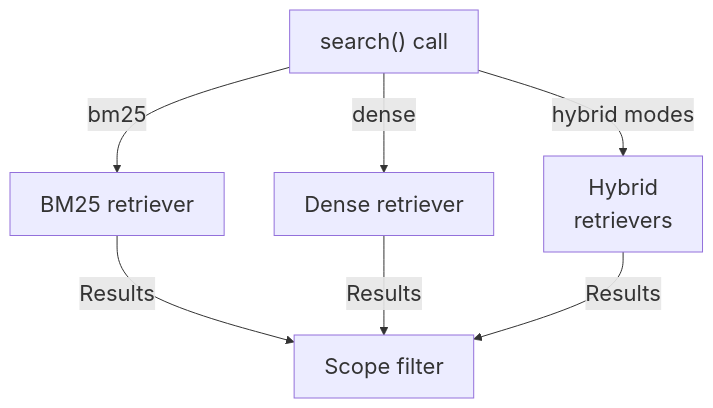
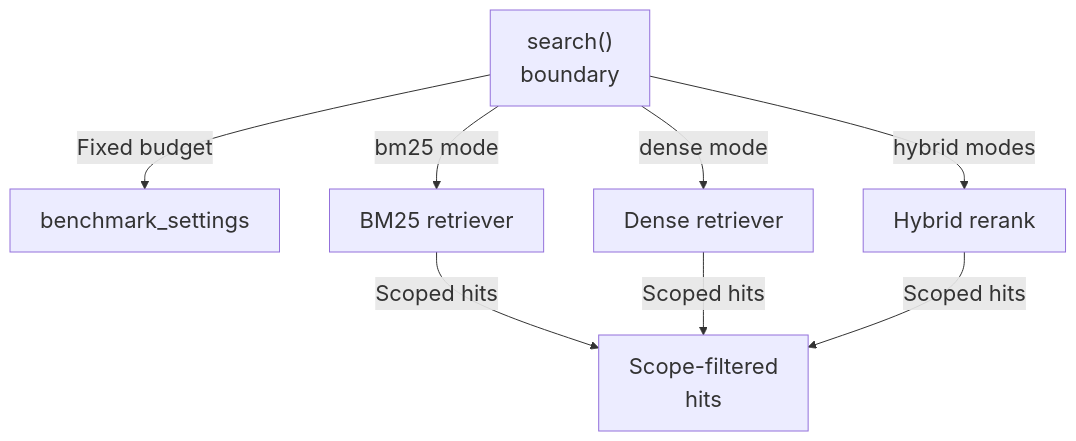
One commit to Justin-Mendoza/Afterclass changed the fourth of 5 diagrams in maps/evaluation/README.md. Above: the diagram before and after it, drawn with Mermaid. The commit also changed other lines of this file and 83 other files, not shown here.

````diff
--- a/maps/evaluation/README.md
+++ b/maps/evaluation/README.md
@@ -208,15 +173,17 @@
 ```mermaid
 %%{init: {"themeVariables": {"fontSize": "22px"}}}%%
 flowchart TD
-  n0["search() call"]
-  n1["BM25 retriever"]
-  n2["Dense retriever"]
-  n3["Hybrid<br/>retrievers"]
-  n4["Scope filter"]
-  n0 -->|"bm25"| n1
-  n0 -->|"dense"| n2
-  n0 -->|"hybrid modes"| n3
-  n1 -->|"Results"| n4
-  n2 -->|"Results"| n4
-  n3 -->|"Results"| n4
+  n0["search()<br/>boundary"]
+  n1["benchmark_settings"]
+  n2["BM25 retriever"]
+  n3["Dense retriever"]
+  n4["Hybrid rerank"]
+  n5["Scope-filtered<br/>hits"]
+  n0 -->|"Fixed budget"| n1
+  n0 -->|"bm25 mode"| n2
+  n0 -->|"dense mode"| n3
+  n0 -->|"hybrid modes"| n4
+  n2 -->|"Scoped hits"| n5
+  n3 -->|"Scoped hits"| n5
+  n4 -->|"Scoped hits"| n5
 ```
````
